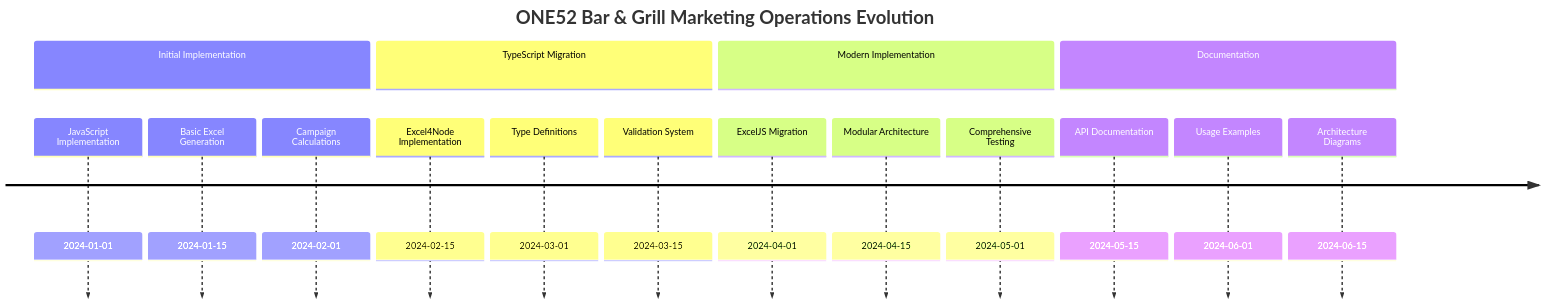
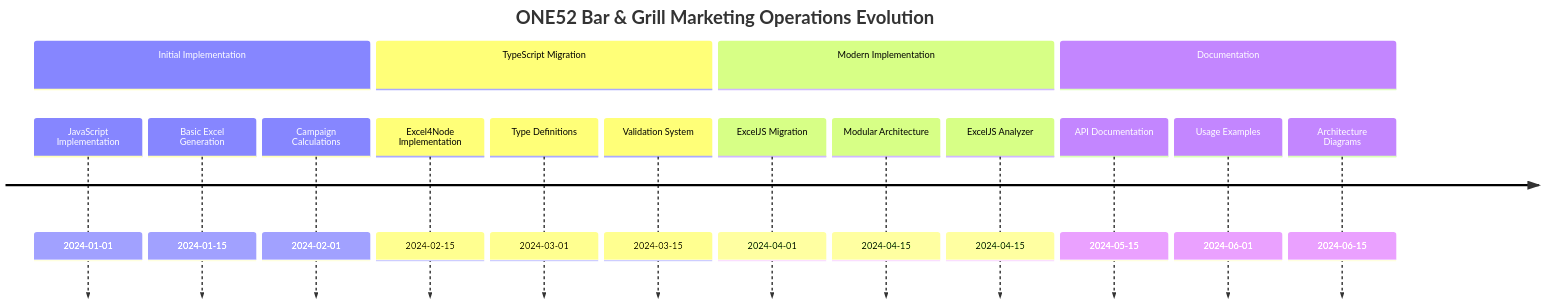
Before and after one commit to THE-AI-REAL-ESTATE-INVESTOR/0ne52bar: the second of 2 diagrams in marketing-ops/README.md, drawn with Mermaid. The commit also changed other lines of this file and 191 other files, not shown here.

````diff
--- a/marketing-ops/README.md
+++ b/marketing-ops/README.md
@@ -52,20 +58,20 @@
 ```mermaid
 timeline
     title ONE52 Bar & Grill Marketing Operations Evolution
     section Initial Implementation
         JavaScript Implementation : 2024-01-01
         Basic Excel Generation : 2024-01-15
         Campaign Calculations : 2024-02-01
     section TypeScript Migration
         Excel4Node Implementation : 2024-02-15
         Type Definitions : 2024-03-01
         Validation System : 2024-03-15
     section Modern Implementation
         ExcelJS Migration : 2024-04-01
         Modular Architecture : 2024-04-15
-        Comprehensive Testing : 2024-05-01
+        ExcelJS Analyzer : 2024-04-15
     section Documentation
         API Documentation : 2024-05-15
         Usage Examples : 2024-06-01
         Architecture Diagrams : 2024-06-15
 ```
````
